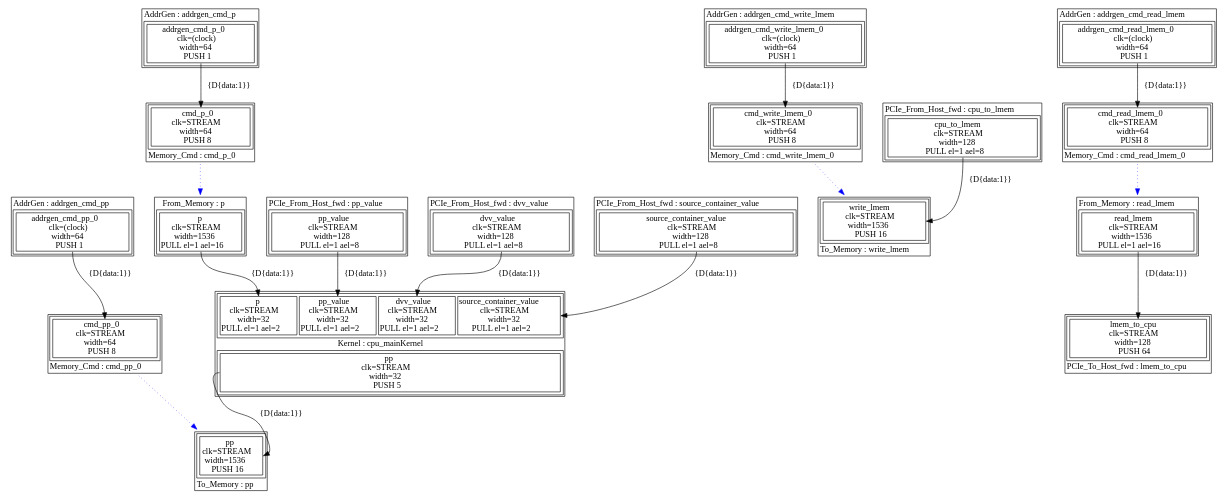
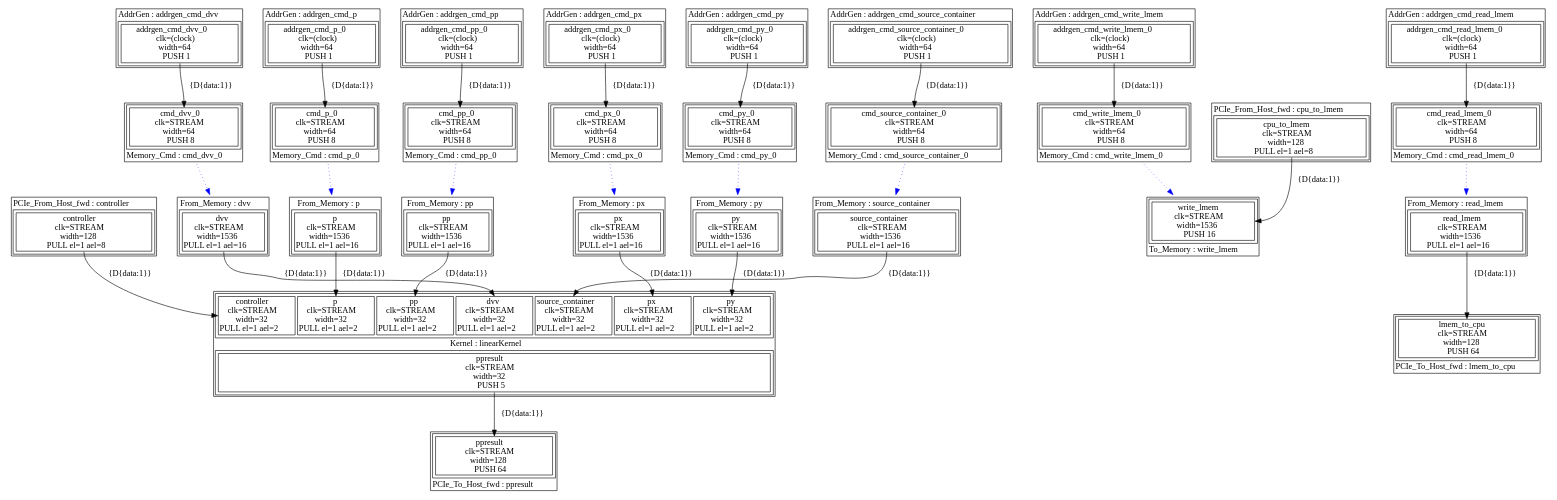
The diagram in RTM_3/RunRules/Simulation/maxfiles/CpuMain_VECTIS_DFE_SIM/scratch/Manager_CpuMain_schedstall.dot (3nric000/MaxelerRTM), drawn with Graphviz before and after one commit. The commit also changed 78 other files, not shown here.

```diff
--- a/RTM_3/RunRules/Simulation/maxfiles/CpuMain_VECTIS_DFE_SIM/scratch/Manager_CpuMain_schedstall.dot
+++ b/RTM_3/RunRules/Simulation/maxfiles/CpuMain_VECTIS_DFE_SIM/scratch/Manager_CpuMain_schedstall.dot
@@ -1,5 +1,5 @@
 digraph manager_compiler_graph {
-cpu_mainKernel[shape=plaintext, label=<<TABLE  BORDER="1" CELLPADDING="1" CELLSPACING="1"><TR><TD BGCOLOR="white" BORDER="0" PORT="inputs" ROWSPAN="1" COLSPAN="1"><TABLE  BORDER="1" CELLPADDING="1" CELLSPACING="4"><TR><TD BGCOLOR="white" BORDER="1" PORT="p" ROWSPAN="1" COLSPAN="1">p<BR/>clk=STREAM<BR/>width=32<BR/>PULL el=1 ael=2</TD><TD BGCOLOR="white" BORDER="1" PORT="pp_value" ROWSPAN="1" COLSPAN="1">pp_value<BR/>clk=STREAM<BR/>width=32<BR/>PULL el=1 ael=2</TD><TD BGCOLOR="white" BORDER="1" PORT="dvv_value" ROWSPAN="1" COLSPAN="1">dvv_value<BR/>clk=STREAM<BR/>width=32<BR/>PULL el=1 ael=2</TD><TD BGCOLOR="white" BORDER="1" PORT="source_container_value" ROWSPAN="1" COLSPAN="1">source_container_value<BR/>clk=STREAM<BR/>width=32<BR/>PULL el=1 ael=2</TD></TR></TABLE></TD></TR><TR><TD BGCOLOR="white" BORDER="0" PORT="node_info" ROWSPAN="1" COLSPAN="1">Kernel : cpu_mainKernel</TD></TR><TR><TD BGCOLOR="white" BORDER="0" PORT="outputs" ROWSPAN="1" COLSPAN="1"><TABLE  BORDER="1" CELLPADDING="1" CELLSPACING="4"><TR><TD BGCOLOR="white" BORDER="1" PORT="pp" ROWSPAN="1" COLSPAN="1">pp<BR/>clk=STREAM<BR/>width=32<BR/>PUSH 5</TD></TR></TABLE></TD></TR></TABLE>>];
+linearKernel[shape=plaintext, label=<<TABLE  BORDER="1" CELLPADDING="1" CELLSPACING="1"><TR><TD BGCOLOR="white" BORDER="0" PORT="inputs" ROWSPAN="1" COLSPAN="1"><TABLE  BORDER="1" CELLPADDING="1" CELLSPACING="4"><TR><TD BGCOLOR="white" BORDER="1" PORT="controller" ROWSPAN="1" COLSPAN="1">controller<BR/>clk=STREAM<BR/>width=32<BR/>PULL el=1 ael=2</TD><TD BGCOLOR="white" BORDER="1" PORT="p" ROWSPAN="1" COLSPAN="1">p<BR/>clk=STREAM<BR/>width=32<BR/>PULL el=1 ael=2</TD><TD BGCOLOR="white" BORDER="1" PORT="pp" ROWSPAN="1" COLSPAN="1">pp<BR/>clk=STREAM<BR/>width=32<BR/>PULL el=1 ael=2</TD><TD BGCOLOR="white" BORDER="1" PORT="dvv" ROWSPAN="1" COLSPAN="1">dvv<BR/>clk=STREAM<BR/>width=32<BR/>PULL el=1 ael=2</TD><TD BGCOLOR="white" BORDER="1" PORT="source_container" ROWSPAN="1" COLSPAN="1">source_container<BR/>clk=STREAM<BR/>width=32<BR/>PULL el=1 ael=2</TD><TD BGCOLOR="white" BORDER="1" PORT="px" ROWSPAN="1" COLSPAN="1">px<BR/>clk=STREAM<BR/>width=32<BR/>PULL el=1 ael=2</TD><TD BGCOLOR="white" BORDER="1" PORT="py" ROWSPAN="1" COLSPAN="1">py<BR/>clk=STREAM<BR/>width=32<BR/>PULL el=1 ael=2</TD></TR></TABLE></TD></TR><TR><TD BGCOLOR="white" BORDER="0" PORT="node_info" ROWSPAN="1" COLSPAN="1">Kernel : linearKernel</TD></TR><TR><TD BGCOLOR="white" BORDER="0" PORT="outputs" ROWSPAN="1" COLSPAN="1"><TABLE  BORDER="1" CELLPADDING="1" CELLSPACING="4"><TR><TD BGCOLOR="white" BORDER="1" PORT="ppresult" ROWSPAN="1" COLSPAN="1">ppresult<BR/>clk=STREAM<BR/>width=32<BR/>PUSH 5</TD></TR></TABLE></TD></TR></TABLE>>];
 cpu_to_lmem[shape=plaintext, label=<<TABLE  BORDER="1" CELLPADDING="1" CELLSPACING="1"><TR><TD BGCOLOR="white" BORDER="0" PORT="node_info" ROWSPAN="1" COLSPAN="1">PCIe_From_Host_fwd : cpu_to_lmem</TD></TR><TR><TD BGCOLOR="white" BORDER="0" PORT="outputs" ROWSPAN="1" COLSPAN="1"><TABLE  BORDER="1" CELLPADDING="1" CELLSPACING="4"><TR><TD BGCOLOR="white" BORDER="1" PORT="cpu_to_lmem" ROWSPAN="1" COLSPAN="1">cpu_to_lmem<BR/>clk=STREAM<BR/>width=128<BR/>PULL el=1 ael=8</TD></TR></TABLE></TD></TR></TABLE>>];
 lmem_to_cpu[shape=plaintext, label=<<TABLE  BORDER="1" CELLPADDING="1" CELLSPACING="1"><TR><TD BGCOLOR="white" BORDER="0" PORT="inputs" ROWSPAN="1" COLSPAN="1"><TABLE  BORDER="1" CELLPADDING="1" CELLSPACING="4"><TR><TD BGCOLOR="white" BORDER="1" PORT="lmem_to_cpu" ROWSPAN="1" COLSPAN="1">lmem_to_cpu<BR/>clk=STREAM<BR/>width=128<BR/>PUSH 64</TD></TR></TABLE></TD></TR><TR><TD BGCOLOR="white" BORDER="0" PORT="node_info" ROWSPAN="1" COLSPAN="1">PCIe_To_Host_fwd : lmem_to_cpu</TD></TR></TABLE>>];
 addrgen_cmd_write_lmem[shape=plaintext, label=<<TABLE  BORDER="1" CELLPADDING="1" CELLSPACING="1"><TR><TD BGCOLOR="white" BORDER="0" PORT="node_info" ROWSPAN="1" COLSPAN="1">AddrGen : addrgen_cmd_write_lmem</TD></TR><TR><TD BGCOLOR="white" BORDER="0" PORT="outputs" ROWSPAN="1" COLSPAN="1"><TABLE  BORDER="1" CELLPADDING="1" CELLSPACING="4"><TR><TD BGCOLOR="white" BORDER="1" PORT="addrgen_cmd_write_lmem_0" ROWSPAN="1" COLSPAN="1">addrgen_cmd_write_lmem_0<BR/>clk=(clock)<BR/>width=64<BR/>PUSH 1</TD></TR></TABLE></TD></TR></TABLE>>];
@@ -8,28 +8,50 @@
 addrgen_cmd_read_lmem[shape=plaintext, label=<<TABLE  BORDER="1" CELLPADDING="1" CELLSPACING="1"><TR><TD BGCOLOR="white" BORDER="0" PORT="node_info" ROWSPAN="1" COLSPAN="1">AddrGen : addrgen_cmd_read_lmem</TD></TR><TR><TD BGCOLOR="white" BORDER="0" PORT="outputs" ROWSPAN="1" COLSPAN="1"><TABLE  BORDER="1" CELLPADDING="1" CELLSPACING="4"><TR><TD BGCOLOR="white" BORDER="1" PORT="addrgen_cmd_read_lmem_0" ROWSPAN="1" COLSPAN="1">addrgen_cmd_read_lmem_0<BR/>clk=(clock)<BR/>width=64<BR/>PUSH 1</TD></TR></TABLE></TD></TR></TABLE>>];
 cmd_read_lmem_0[shape=plaintext, label=<<TABLE  BORDER="1" CELLPADDING="1" CELLSPACING="1"><TR><TD BGCOLOR="white" BORDER="0" PORT="inputs" ROWSPAN="1" COLSPAN="1"><TABLE  BORDER="1" CELLPADDING="1" CELLSPACING="4"><TR><TD BGCOLOR="white" BORDER="1" PORT="cmd_read_lmem_0" ROWSPAN="1" COLSPAN="1">cmd_read_lmem_0<BR/>clk=STREAM<BR/>width=64<BR/>PUSH 8</TD></TR></TABLE></TD></TR><TR><TD BGCOLOR="white" BORDER="0" PORT="node_info" ROWSPAN="1" COLSPAN="1">Memory_Cmd : cmd_read_lmem_0</TD></TR></TABLE>>];
 read_lmem[shape=plaintext, label=<<TABLE  BORDER="1" CELLPADDING="1" CELLSPACING="1"><TR><TD BGCOLOR="white" BORDER="0" PORT="node_info" ROWSPAN="1" COLSPAN="1">From_Memory : read_lmem</TD></TR><TR><TD BGCOLOR="white" BORDER="0" PORT="outputs" ROWSPAN="1" COLSPAN="1"><TABLE  BORDER="1" CELLPADDING="1" CELLSPACING="4"><TR><TD BGCOLOR="white" BORDER="1" PORT="read_lmem" ROWSPAN="1" COLSPAN="1">read_lmem<BR/>clk=STREAM<BR/>width=1536<BR/>PULL el=1 ael=16</TD></TR></TABLE></TD></TR></TABLE>>];
-dvv_value[shape=plaintext, label=<<TABLE  BORDER="1" CELLPADDING="1" CELLSPACING="1"><TR><TD BGCOLOR="white" BORDER="0" PORT="node_info" ROWSPAN="1" COLSPAN="1">PCIe_From_Host_fwd : dvv_value</TD></TR><TR><TD BGCOLOR="white" BORDER="0" PORT="outputs" ROWSPAN="1" COLSPAN="1"><TABLE  BORDER="1" CELLPADDING="1" CELLSPACING="4"><TR><TD BGCOLOR="white" BORDER="1" PORT="dvv_value" ROWSPAN="1" COLSPAN="1">dvv_value<BR/>clk=STREAM<BR/>width=128<BR/>PULL el=1 ael=8</TD></TR></TABLE></TD></TR></TABLE>>];
+controller[shape=plaintext, label=<<TABLE  BORDER="1" CELLPADDING="1" CELLSPACING="1"><TR><TD BGCOLOR="white" BORDER="0" PORT="node_info" ROWSPAN="1" COLSPAN="1">PCIe_From_Host_fwd : controller</TD></TR><TR><TD BGCOLOR="white" BORDER="0" PORT="outputs" ROWSPAN="1" COLSPAN="1"><TABLE  BORDER="1" CELLPADDING="1" CELLSPACING="4"><TR><TD BGCOLOR="white" BORDER="1" PORT="controller" ROWSPAN="1" COLSPAN="1">controller<BR/>clk=STREAM<BR/>width=128<BR/>PULL el=1 ael=8</TD></TR></TABLE></TD></TR></TABLE>>];
+addrgen_cmd_dvv[shape=plaintext, label=<<TABLE  BORDER="1" CELLPADDING="1" CELLSPACING="1"><TR><TD BGCOLOR="white" BORDER="0" PORT="node_info" ROWSPAN="1" COLSPAN="1">AddrGen : addrgen_cmd_dvv</TD></TR><TR><TD BGCOLOR="white" BORDER="0" PORT="outputs" ROWSPAN="1" COLSPAN="1"><TABLE  BORDER="1" CELLPADDING="1" CELLSPACING="4"><TR><TD BGCOLOR="white" BORDER="1" PORT="addrgen_cmd_dvv_0" ROWSPAN="1" COLSPAN="1">addrgen_cmd_dvv_0<BR/>clk=(clock)<BR/>width=64<BR/>PUSH 1</TD></TR></TABLE></TD></TR></TABLE>>];
+cmd_dvv_0[shape=plaintext, label=<<TABLE  BORDER="1" CELLPADDING="1" CELLSPACING="1"><TR><TD BGCOLOR="white" BORDER="0" PORT="inputs" ROWSPAN="1" COLSPAN="1"><TABLE  BORDER="1" CELLPADDING="1" CELLSPACING="4"><TR><TD BGCOLOR="white" BORDER="1" PORT="cmd_dvv_0" ROWSPAN="1" COLSPAN="1">cmd_dvv_0<BR/>clk=STREAM<BR/>width=64<BR/>PUSH 8</TD></TR></TABLE></TD></TR><TR><TD BGCOLOR="white" BORDER="0" PORT="node_info" ROWSPAN="1" COLSPAN="1">Memory_Cmd : cmd_dvv_0</TD></TR></TABLE>>];
+dvv[shape=plaintext, label=<<TABLE  BORDER="1" CELLPADDING="1" CELLSPACING="1"><TR><TD BGCOLOR="white" BORDER="0" PORT="node_info" ROWSPAN="1" COLSPAN="1">From_Memory : dvv</TD></TR><TR><TD BGCOLOR="white" BORDER="0" PORT="outputs" ROWSPAN="1" COLSPAN="1"><TABLE  BORDER="1" CELLPADDING="1" CELLSPACING="4"><TR><TD BGCOLOR="white" BORDER="1" PORT="dvv" ROWSPAN="1" COLSPAN="1">dvv<BR/>clk=STREAM<BR/>width=1536<BR/>PULL el=1 ael=16</TD></TR></TABLE></TD></TR></TABLE>>];
 addrgen_cmd_p[shape=plaintext, label=<<TABLE  BORDER="1" CELLPADDING="1" CELLSPACING="1"><TR><TD BGCOLOR="white" BORDER="0" PORT="node_info" ROWSPAN="1" COLSPAN="1">AddrGen : addrgen_cmd_p</TD></TR><TR><TD BGCOLOR="white" BORDER="0" PORT="outputs" ROWSPAN="1" COLSPAN="1"><TABLE  BORDER="1" CELLPADDING="1" CELLSPACING="4"><TR><TD BGCOLOR="white" BORDER="1" PORT="addrgen_cmd_p_0" ROWSPAN="1" COLSPAN="1">addrgen_cmd_p_0<BR/>clk=(clock)<BR/>width=64<BR/>PUSH 1</TD></TR></TABLE></TD></TR></TABLE>>];
 cmd_p_0[shape=plaintext, label=<<TABLE  BORDER="1" CELLPADDING="1" CELLSPACING="1"><TR><TD BGCOLOR="white" BORDER="0" PORT="inputs" ROWSPAN="1" COLSPAN="1"><TABLE  BORDER="1" CELLPADDING="1" CELLSPACING="4"><TR><TD BGCOLOR="white" BORDER="1" PORT="cmd_p_0" ROWSPAN="1" COLSPAN="1">cmd_p_0<BR/>clk=STREAM<BR/>width=64<BR/>PUSH 8</TD></TR></TABLE></TD></TR><TR><TD BGCOLOR="white" BORDER="0" PORT="node_info" ROWSPAN="1" COLSPAN="1">Memory_Cmd : cmd_p_0</TD></TR></TABLE>>];
 p[shape=plaintext, label=<<TABLE  BORDER="1" CELLPADDING="1" CELLSPACING="1"><TR><TD BGCOLOR="white" BORDER="0" PORT="node_info" ROWSPAN="1" COLSPAN="1">From_Memory : p</TD></TR><TR><TD BGCOLOR="white" BORDER="0" PORT="outputs" ROWSPAN="1" COLSPAN="1"><TABLE  BORDER="1" CELLPADDING="1" CELLSPACING="4"><TR><TD BGCOLOR="white" BORDER="1" PORT="p" ROWSPAN="1" COLSPAN="1">p<BR/>clk=STREAM<BR/>width=1536<BR/>PULL el=1 ael=16</TD></TR></TABLE></TD></TR></TABLE>>];
-pp_value[shape=plaintext, label=<<TABLE  BORDER="1" CELLPADDING="1" CELLSPACING="1"><TR><TD BGCOLOR="white" BORDER="0" PORT="node_info" ROWSPAN="1" COLSPAN="1">PCIe_From_Host_fwd : pp_value</TD></TR><TR><TD BGCOLOR="white" BORDER="0" PORT="outputs" ROWSPAN="1" COLSPAN="1"><TABLE  BORDER="1" CELLPADDING="1" CELLSPACING="4"><TR><TD BGCOLOR="white" BORDER="1" PORT="pp_value" ROWSPAN="1" COLSPAN="1">pp_value<BR/>clk=STREAM<BR/>width=128<BR/>PULL el=1 ael=8</TD></TR></TABLE></TD></TR></TABLE>>];
-source_container_value[shape=plaintext, label=<<TABLE  BORDER="1" CELLPADDING="1" CELLSPACING="1"><TR><TD BGCOLOR="white" BORDER="0" PORT="node_info" ROWSPAN="1" COLSPAN="1">PCIe_From_Host_fwd : source_container_value</TD></TR><TR><TD BGCOLOR="white" BORDER="0" PORT="outputs" ROWSPAN="1" COLSPAN="1"><TABLE  BORDER="1" CELLPADDING="1" CELLSPACING="4"><TR><TD BGCOLOR="white" BORDER="1" PORT="source_container_value" ROWSPAN="1" COLSPAN="1">source_container_value<BR/>clk=STREAM<BR/>width=128<BR/>PULL el=1 ael=8</TD></TR></TABLE></TD></TR></TABLE>>];
 addrgen_cmd_pp[shape=plaintext, label=<<TABLE  BORDER="1" CELLPADDING="1" CELLSPACING="1"><TR><TD BGCOLOR="white" BORDER="0" PORT="node_info" ROWSPAN="1" COLSPAN="1">AddrGen : addrgen_cmd_pp</TD></TR><TR><TD BGCOLOR="white" BORDER="0" PORT="outputs" ROWSPAN="1" COLSPAN="1"><TABLE  BORDER="1" CELLPADDING="1" CELLSPACING="4"><TR><TD BGCOLOR="white" BORDER="1" PORT="addrgen_cmd_pp_0" ROWSPAN="1" COLSPAN="1">addrgen_cmd_pp_0<BR/>clk=(clock)<BR/>width=64<BR/>PUSH 1</TD></TR></TABLE></TD></TR></TABLE>>];
 cmd_pp_0[shape=plaintext, label=<<TABLE  BORDER="1" CELLPADDING="1" CELLSPACING="1"><TR><TD BGCOLOR="white" BORDER="0" PORT="inputs" ROWSPAN="1" COLSPAN="1"><TABLE  BORDER="1" CELLPADDING="1" CELLSPACING="4"><TR><TD BGCOLOR="white" BORDER="1" PORT="cmd_pp_0" ROWSPAN="1" COLSPAN="1">cmd_pp_0<BR/>clk=STREAM<BR/>width=64<BR/>PUSH 8</TD></TR></TABLE></TD></TR><TR><TD BGCOLOR="white" BORDER="0" PORT="node_info" ROWSPAN="1" COLSPAN="1">Memory_Cmd : cmd_pp_0</TD></TR></TABLE>>];
-pp[shape=plaintext, label=<<TABLE  BORDER="1" CELLPADDING="1" CELLSPACING="1"><TR><TD BGCOLOR="white" BORDER="0" PORT="inputs" ROWSPAN="1" COLSPAN="1"><TABLE  BORDER="1" CELLPADDING="1" CELLSPACING="4"><TR><TD BGCOLOR="white" BORDER="1" PORT="pp" ROWSPAN="1" COLSPAN="1">pp<BR/>clk=STREAM<BR/>width=1536<BR/>PUSH 16</TD></TR></TABLE></TD></TR><TR><TD BGCOLOR="white" BORDER="0" PORT="node_info" ROWSPAN="1" COLSPAN="1">To_Memory : pp</TD></TR></TABLE>>];
+pp[shape=plaintext, label=<<TABLE  BORDER="1" CELLPADDING="1" CELLSPACING="1"><TR><TD BGCOLOR="white" BORDER="0" PORT="node_info" ROWSPAN="1" COLSPAN="1">From_Memory : pp</TD></TR><TR><TD BGCOLOR="white" BORDER="0" PORT="outputs" ROWSPAN="1" COLSPAN="1"><TABLE  BORDER="1" CELLPADDING="1" CELLSPACING="4"><TR><TD BGCOLOR="white" BORDER="1" PORT="pp" ROWSPAN="1" COLSPAN="1">pp<BR/>clk=STREAM<BR/>width=1536<BR/>PULL el=1 ael=16</TD></TR></TABLE></TD></TR></TABLE>>];
+addrgen_cmd_px[shape=plaintext, label=<<TABLE  BORDER="1" CELLPADDING="1" CELLSPACING="1"><TR><TD BGCOLOR="white" BORDER="0" PORT="node_info" ROWSPAN="1" COLSPAN="1">AddrGen : addrgen_cmd_px</TD></TR><TR><TD BGCOLOR="white" BORDER="0" PORT="outputs" ROWSPAN="1" COLSPAN="1"><TABLE  BORDER="1" CELLPADDING="1" CELLSPACING="4"><TR><TD BGCOLOR="white" BORDER="1" PORT="addrgen_cmd_px_0" ROWSPAN="1" COLSPAN="1">addrgen_cmd_px_0<BR/>clk=(clock)<BR/>width=64<BR/>PUSH 1</TD></TR></TABLE></TD></TR></TABLE>>];
+cmd_px_0[shape=plaintext, label=<<TABLE  BORDER="1" CELLPADDING="1" CELLSPACING="1"><TR><TD BGCOLOR="white" BORDER="0" PORT="inputs" ROWSPAN="1" COLSPAN="1"><TABLE  BORDER="1" CELLPADDING="1" CELLSPACING="4"><TR><TD BGCOLOR="white" BORDER="1" PORT="cmd_px_0" ROWSPAN="1" COLSPAN="1">cmd_px_0<BR/>clk=STREAM<BR/>width=64<BR/>PUSH 8</TD></TR></TABLE></TD></TR><TR><TD BGCOLOR="white" BORDER="0" PORT="node_info" ROWSPAN="1" COLSPAN="1">Memory_Cmd : cmd_px_0</TD></TR></TABLE>>];
+px[shape=plaintext, label=<<TABLE  BORDER="1" CELLPADDING="1" CELLSPACING="1"><TR><TD BGCOLOR="white" BORDER="0" PORT="node_info" ROWSPAN="1" COLSPAN="1">From_Memory : px</TD></TR><TR><TD BGCOLOR="white" BORDER="0" PORT="outputs" ROWSPAN="1" COLSPAN="1"><TABLE  BORDER="1" CELLPADDING="1" CELLSPACING="4"><TR><TD BGCOLOR="white" BORDER="1" PORT="px" ROWSPAN="1" COLSPAN="1">px<BR/>clk=STREAM<BR/>width=1536<BR/>PULL el=1 ael=16</TD></TR></TABLE></TD></TR></TABLE>>];
+addrgen_cmd_py[shape=plaintext, label=<<TABLE  BORDER="1" CELLPADDING="1" CELLSPACING="1"><TR><TD BGCOLOR="white" BORDER="0" PORT="node_info" ROWSPAN="1" COLSPAN="1">AddrGen : addrgen_cmd_py</TD></TR><TR><TD BGCOLOR="white" BORDER="0" PORT="outputs" ROWSPAN="1" COLSPAN="1"><TABLE  BORDER="1" CELLPADDING="1" CELLSPACING="4"><TR><TD BGCOLOR="white" BORDER="1" PORT="addrgen_cmd_py_0" ROWSPAN="1" COLSPAN="1">addrgen_cmd_py_0<BR/>clk=(clock)<BR/>width=64<BR/>PUSH 1</TD></TR></TABLE></TD></TR></TABLE>>];
+cmd_py_0[shape=plaintext, label=<<TABLE  BORDER="1" CELLPADDING="1" CELLSPACING="1"><TR><TD BGCOLOR="white" BORDER="0" PORT="inputs" ROWSPAN="1" COLSPAN="1"><TABLE  BORDER="1" CELLPADDING="1" CELLSPACING="4"><TR><TD BGCOLOR="white" BORDER="1" PORT="cmd_py_0" ROWSPAN="1" COLSPAN="1">cmd_py_0<BR/>clk=STREAM<BR/>width=64<BR/>PUSH 8</TD></TR></TABLE></TD></TR><TR><TD BGCOLOR="white" BORDER="0" PORT="node_info" ROWSPAN="1" COLSPAN="1">Memory_Cmd : cmd_py_0</TD></TR></TABLE>>];
+py[shape=plaintext, label=<<TABLE  BORDER="1" CELLPADDING="1" CELLSPACING="1"><TR><TD BGCOLOR="white" BORDER="0" PORT="node_info" ROWSPAN="1" COLSPAN="1">From_Memory : py</TD></TR><TR><TD BGCOLOR="white" BORDER="0" PORT="outputs" ROWSPAN="1" COLSPAN="1"><TABLE  BORDER="1" CELLPADDING="1" CELLSPACING="4"><TR><TD BGCOLOR="white" BORDER="1" PORT="py" ROWSPAN="1" COLSPAN="1">py<BR/>clk=STREAM<BR/>width=1536<BR/>PULL el=1 ael=16</TD></TR></TABLE></TD></TR></TABLE>>];
+addrgen_cmd_source_container[shape=plaintext, label=<<TABLE  BORDER="1" CELLPADDING="1" CELLSPACING="1"><TR><TD BGCOLOR="white" BORDER="0" PORT="node_info" ROWSPAN="1" COLSPAN="1">AddrGen : addrgen_cmd_source_container</TD></TR><TR><TD BGCOLOR="white" BORDER="0" PORT="outputs" ROWSPAN="1" COLSPAN="1"><TABLE  BORDER="1" CELLPADDING="1" CELLSPACING="4"><TR><TD BGCOLOR="white" BORDER="1" PORT="addrgen_cmd_source_container_0" ROWSPAN="1" COLSPAN="1">addrgen_cmd_source_container_0<BR/>clk=(clock)<BR/>width=64<BR/>PUSH 1</TD></TR></TABLE></TD></TR></TABLE>>];
+cmd_source_container_0[shape=plaintext, label=<<TABLE  BORDER="1" CELLPADDING="1" CELLSPACING="1"><TR><TD BGCOLOR="white" BORDER="0" PORT="inputs" ROWSPAN="1" COLSPAN="1"><TABLE  BORDER="1" CELLPADDING="1" CELLSPACING="4"><TR><TD BGCOLOR="white" BORDER="1" PORT="cmd_source_container_0" ROWSPAN="1" COLSPAN="1">cmd_source_container_0<BR/>clk=STREAM<BR/>width=64<BR/>PUSH 8</TD></TR></TABLE></TD></TR><TR><TD BGCOLOR="white" BORDER="0" PORT="node_info" ROWSPAN="1" COLSPAN="1">Memory_Cmd : cmd_source_container_0</TD></TR></TABLE>>];
+source_container[shape=plaintext, label=<<TABLE  BORDER="1" CELLPADDING="1" CELLSPACING="1"><TR><TD BGCOLOR="white" BORDER="0" PORT="node_info" ROWSPAN="1" COLSPAN="1">From_Memory : source_container</TD></TR><TR><TD BGCOLOR="white" BORDER="0" PORT="outputs" ROWSPAN="1" COLSPAN="1"><TABLE  BORDER="1" CELLPADDING="1" CELLSPACING="4"><TR><TD BGCOLOR="white" BORDER="1" PORT="source_container" ROWSPAN="1" COLSPAN="1">source_container<BR/>clk=STREAM<BR/>width=1536<BR/>PULL el=1 ael=16</TD></TR></TABLE></TD></TR></TABLE>>];
+ppresult[shape=plaintext, label=<<TABLE  BORDER="1" CELLPADDING="1" CELLSPACING="1"><TR><TD BGCOLOR="white" BORDER="0" PORT="inputs" ROWSPAN="1" COLSPAN="1"><TABLE  BORDER="1" CELLPADDING="1" CELLSPACING="4"><TR><TD BGCOLOR="white" BORDER="1" PORT="ppresult" ROWSPAN="1" COLSPAN="1">ppresult<BR/>clk=STREAM<BR/>width=128<BR/>PUSH 64</TD></TR></TABLE></TD></TR><TR><TD BGCOLOR="white" BORDER="0" PORT="node_info" ROWSPAN="1" COLSPAN="1">PCIe_To_Host_fwd : ppresult</TD></TR></TABLE>>];
 cpu_to_lmem -> write_lmem [headport="write_lmem" tailport="cpu_to_lmem" label="{D{data:1}}"]
 addrgen_cmd_write_lmem -> cmd_write_lmem_0 [headport="cmd_write_lmem_0" tailport="addrgen_cmd_write_lmem_0" label="{D{data:1}}"]
 addrgen_cmd_read_lmem -> cmd_read_lmem_0 [headport="cmd_read_lmem_0" tailport="addrgen_cmd_read_lmem_0" label="{D{data:1}}"]
 read_lmem -> lmem_to_cpu [headport="lmem_to_cpu" tailport="read_lmem" label="{D{data:1}}"]
-dvv_value -> cpu_mainKernel [headport="dvv_value" tailport="dvv_value" label="{D{data:1}}"]
+controller -> linearKernel [headport="controller" tailport="controller" label="{D{data:1}}"]
+addrgen_cmd_dvv -> cmd_dvv_0 [headport="cmd_dvv_0" tailport="addrgen_cmd_dvv_0" label="{D{data:1}}"]
+dvv -> linearKernel [headport="dvv" tailport="dvv" label="{D{data:1}}"]
 addrgen_cmd_p -> cmd_p_0 [headport="cmd_p_0" tailport="addrgen_cmd_p_0" label="{D{data:1}}"]
-p -> cpu_mainKernel [headport="p" tailport="p" label="{D{data:1}}"]
-pp_value -> cpu_mainKernel [headport="pp_value" tailport="pp_value" label="{D{data:1}}"]
-source_container_value -> cpu_mainKernel [headport="source_container_value" tailport="source_container_value" label="{D{data:1}}"]
-cpu_mainKernel -> pp [headport="pp" tailport="pp" label="{D{data:1}}"]
+p -> linearKernel [headport="p" tailport="p" label="{D{data:1}}"]
 addrgen_cmd_pp -> cmd_pp_0 [headport="cmd_pp_0" tailport="addrgen_cmd_pp_0" label="{D{data:1}}"]
+pp -> linearKernel [headport="pp" tailport="pp" label="{D{data:1}}"]
+addrgen_cmd_px -> cmd_px_0 [headport="cmd_px_0" tailport="addrgen_cmd_px_0" label="{D{data:1}}"]
+px -> linearKernel [headport="px" tailport="px" label="{D{data:1}}"]
+addrgen_cmd_py -> cmd_py_0 [headport="cmd_py_0" tailport="addrgen_cmd_py_0" label="{D{data:1}}"]
+py -> linearKernel [headport="py" tailport="py" label="{D{data:1}}"]
+addrgen_cmd_source_container -> cmd_source_container_0 [headport="cmd_source_container_0" tailport="addrgen_cmd_source_container_0" label="{D{data:1}}"]
+source_container -> linearKernel [headport="source_container" tailport="source_container" label="{D{data:1}}"]
+linearKernel -> ppresult [headport="ppresult" tailport="ppresult" label="{D{data:1}}"]
 cmd_write_lmem_0 -> write_lmem [color=blue style=dotted]
 cmd_read_lmem_0 -> read_lmem [color=blue style=dotted]
+cmd_dvv_0 -> dvv [color=blue style=dotted]
 cmd_p_0 -> p [color=blue style=dotted]
 cmd_pp_0 -> pp [color=blue style=dotted]
+cmd_px_0 -> px [color=blue style=dotted]
+cmd_py_0 -> py [color=blue style=dotted]
+cmd_source_container_0 -> source_container [color=blue style=dotted]
 }
```
